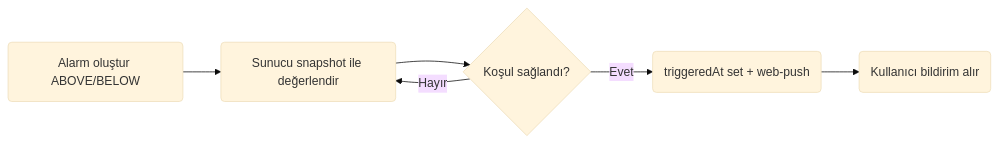
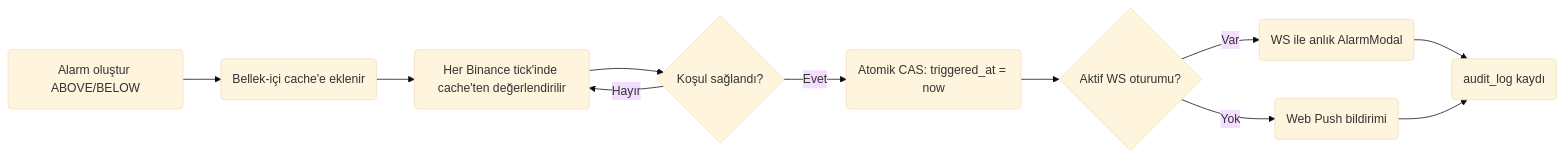
The seventh of 7 diagrams in PROJE-RAPORU.md (FKAV64/web-based-progrmming-end-of-year-project), drawn with Mermaid (base theme) before and after one commit. The commit also changed other lines of this file and 9 other files, not shown here.

Commit message:
docs: Turkish README/documantation + corrected ERD/alarm diyagrams

````diff
--- a/PROJE-RAPORU.md
+++ b/PROJE-RAPORU.md
@@ -1061,8 +1123,13 @@
 ```mermaid
 flowchart LR
-    A(Alarm oluştur ABOVE/BELOW) --> B(Sunucu snapshot ile değerlendir)
-    B --> C{Koşul sağlandı?}
-    C -->|Hayır| B
-    C -->|Evet| D(triggeredAt set + web-push)
-    D --> E(Kullanıcı bildirim alır)
+    A(Alarm oluştur ABOVE/BELOW) --> B(Bellek-içi cache'e eklenir)
+    B --> C(Her Binance tick'inde cache'ten değerlendirilir)
+    C --> D{Koşul sağlandı?}
+    D -->|Hayır| C
+    D -->|Evet| E(Atomik CAS: triggered_at = now)
+    E --> F{Aktif WS oturumu?}
+    F -->|Var| G(WS ile anlık AlarmModal)
+    F -->|Yok| H(Web Push bildirimi)
+    G --> I(audit_log kaydı)
+    H --> I
 ```
````
